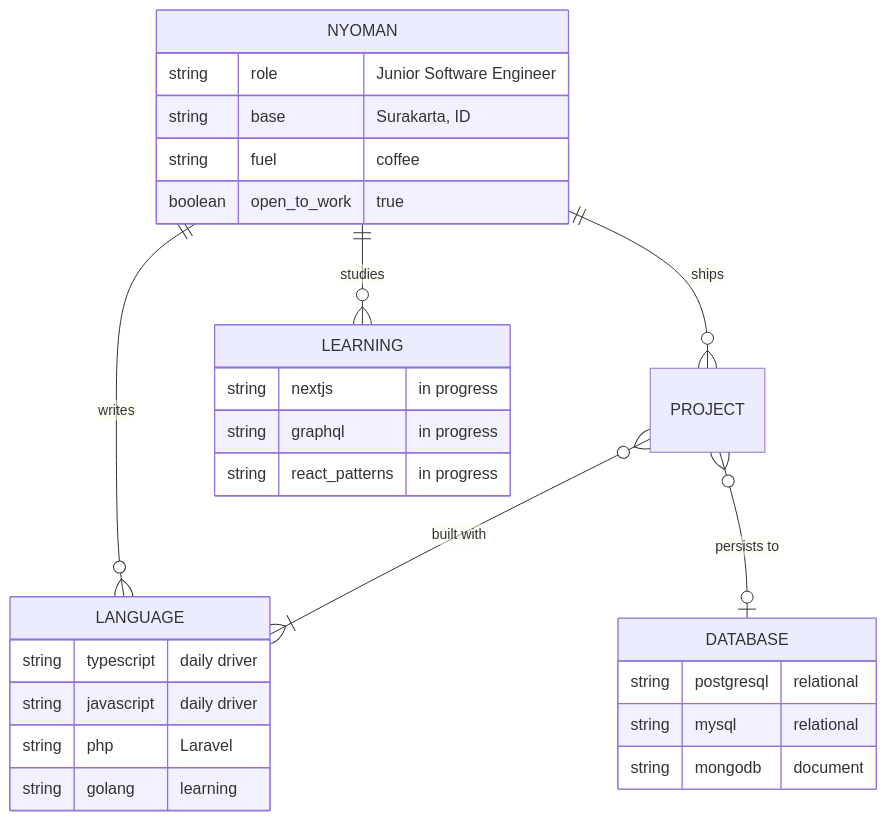
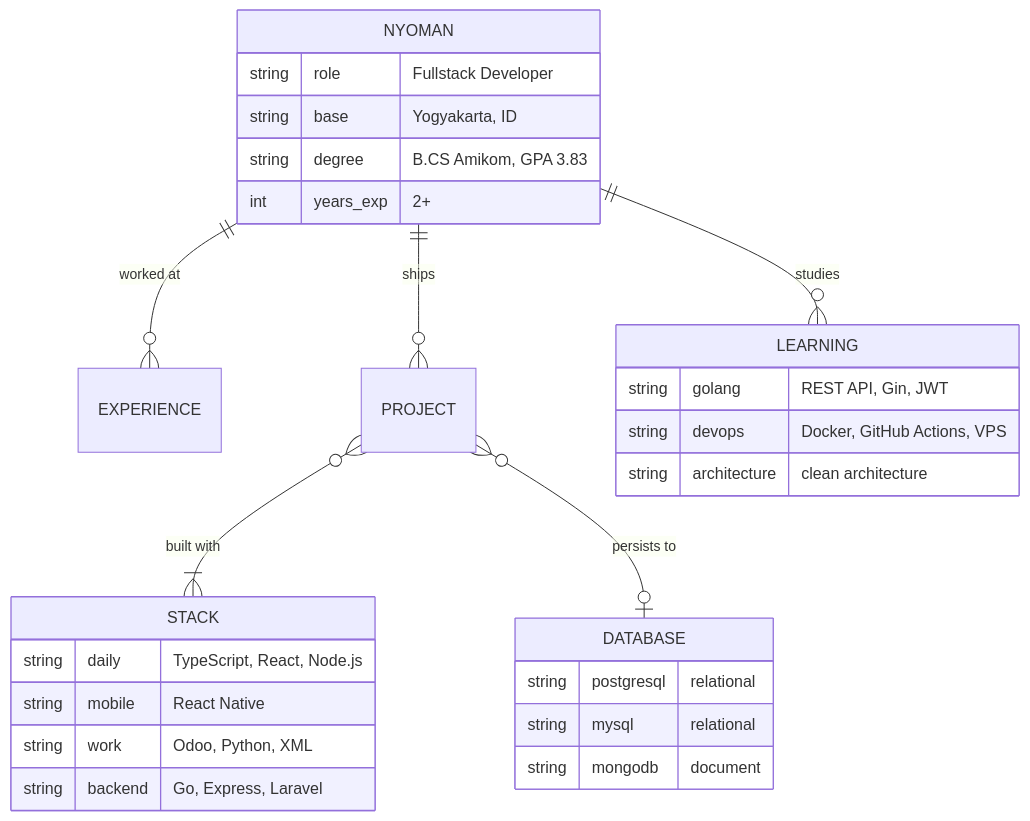
One commit to Marst313/Marst313 changed the first of 3 diagrams in README.md. Above: the diagram before and after it, drawn with Mermaid. The commit also changed other lines of this file, not shown here.

````diff
--- a/README.md
+++ b/README.md
@@ -30,31 +30,31 @@
 ```mermaid
 erDiagram
-    NYOMAN ||--o{ LANGUAGE : writes
+    NYOMAN ||--o{ EXPERIENCE : "worked at"
     NYOMAN ||--o{ PROJECT : ships
     NYOMAN ||--o{ LEARNING : studies
-    PROJECT }o--|{ LANGUAGE : "built with"
+    PROJECT }o--|{ STACK : "built with"
     PROJECT }o--o| DATABASE : "persists to"
 
     NYOMAN {
-        string role "Junior Software Engineer"
-        string base "Surakarta, ID"
-        string fuel "coffee"
-        boolean open_to_work "true"
+        string role "Fullstack Developer"
+        string base "Yogyakarta, ID"
+        string degree "B.CS Amikom, GPA 3.83"
+        int years_exp "2+"
     }
-    LANGUAGE {
-        string typescript "daily driver"
-        string javascript "daily driver"
-        string php "Laravel"
-        string golang "learning"
+    STACK {
+        string daily "TypeScript, React, Node.js"
+        string mobile "React Native"
+        string work "Odoo, Python, XML"
+        string backend "Go, Express, Laravel"
     }
     DATABASE {
         string postgresql "relational"
         string mysql "relational"
         string mongodb "document"
     }
     LEARNING {
-        string nextjs "in progress"
-        string graphql "in progress"
-        string react_patterns "in progress"
+        string golang "REST API, Gin, JWT"
+        string devops "Docker, GitHub Actions, VPS"
+        string architecture "clean architecture"
     }
 ```
````
